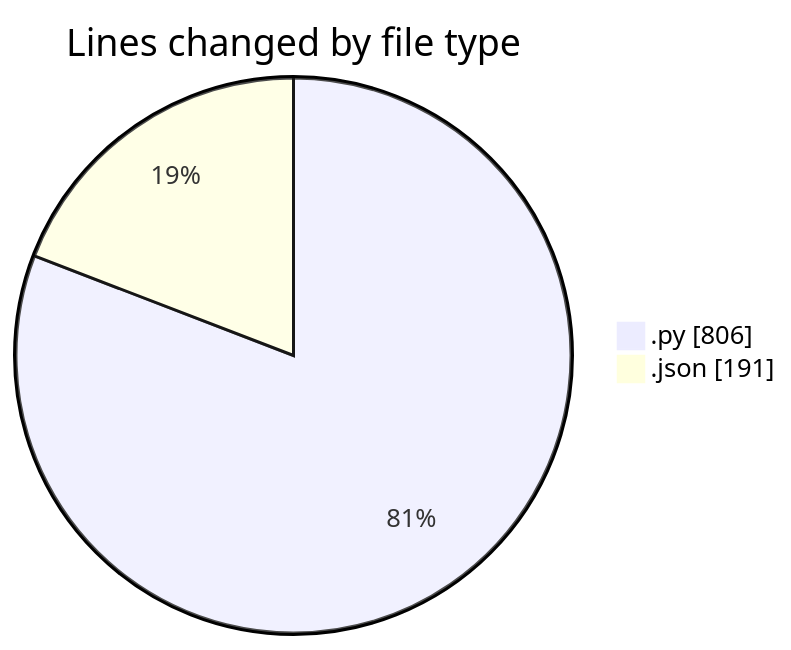
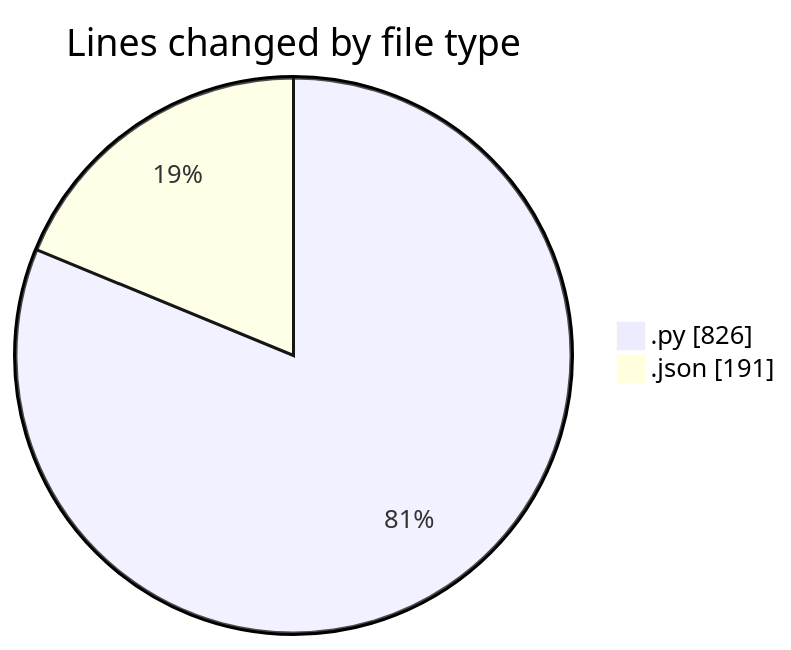
The first of 2 diagrams in 2025-04-24/synth_911data_gen/README.md (trdunsworth/code-tracking), drawn with Mermaid before and after one commit. The commit also changed other lines of this file and 1 other file, not shown here.

````diff
--- a/2025-04-24/synth_911data_gen/README.md
+++ b/2025-04-24/synth_911data_gen/README.md
@@ -22,6 +22,6 @@
 ```mermaid
 pie showData
 title Lines changed by file type
-".py" : 806
+".py" : 826
 ".json" : 191
 ```
````
